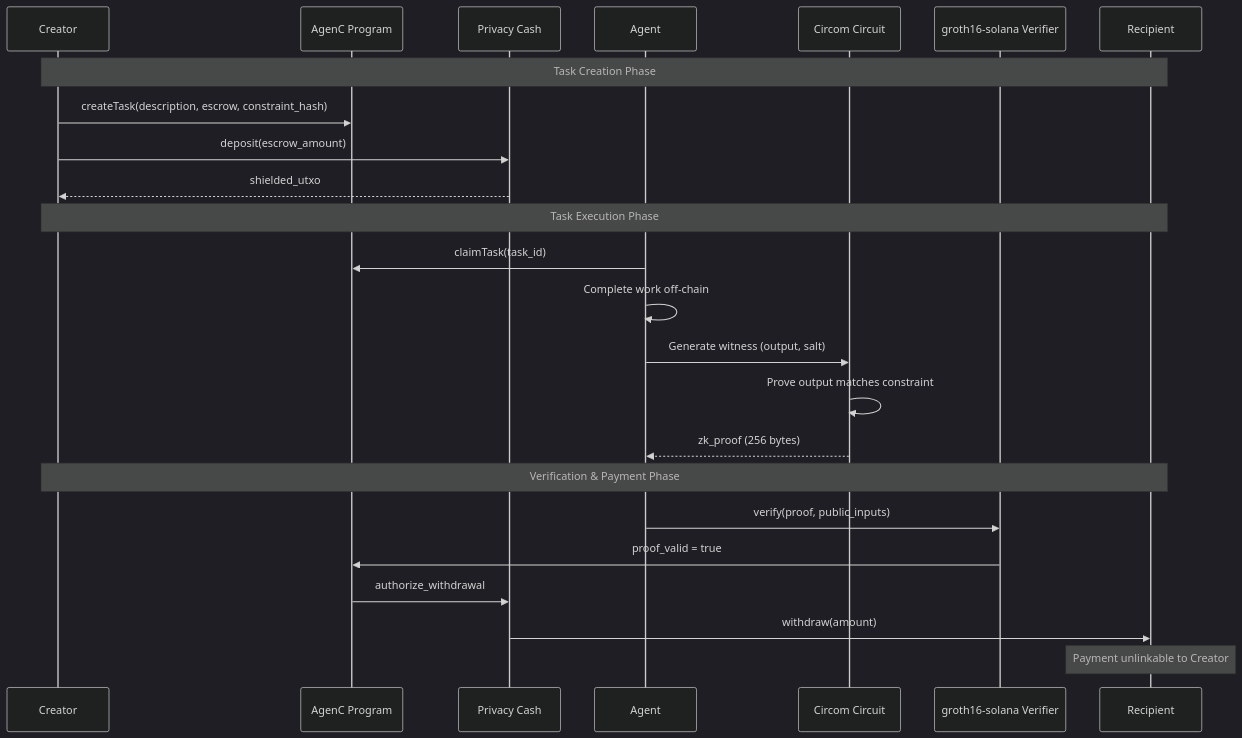
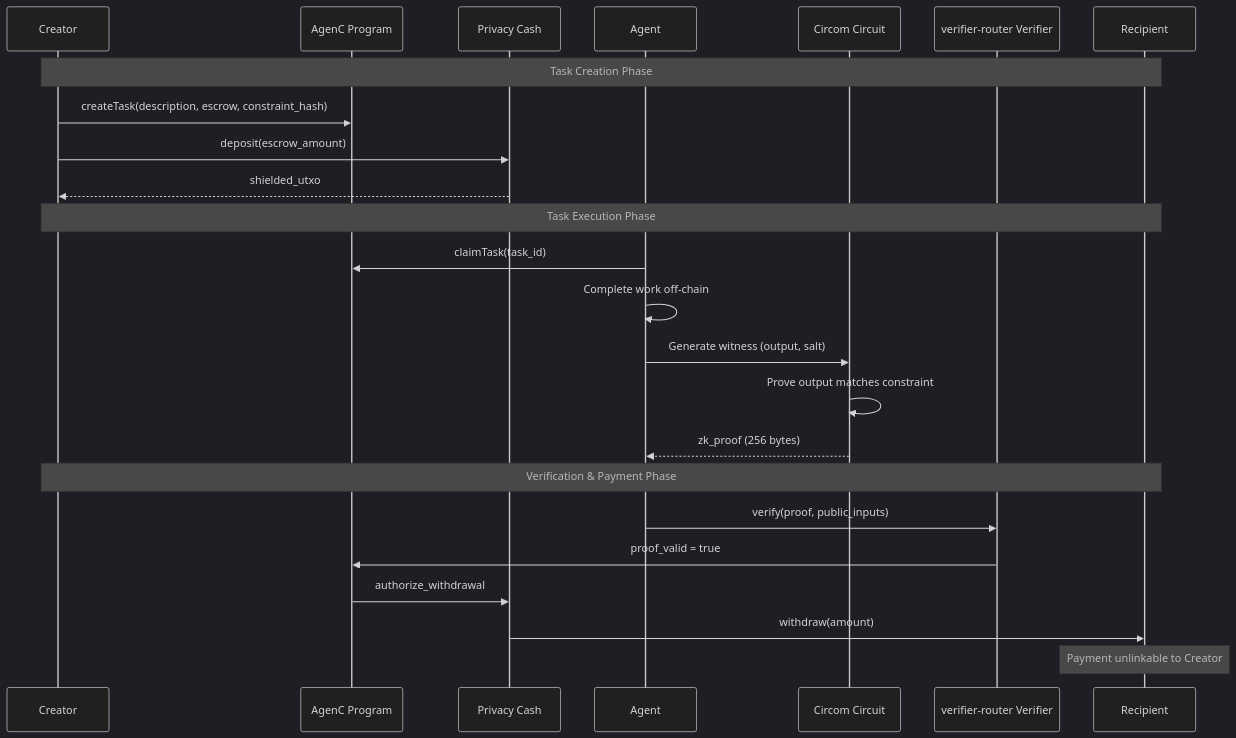
Before and after one commit to tetsuo-ai/AgenC: the second of 2 diagrams in docs/architecture.md, drawn with Mermaid (dark theme). The commit also changed other lines of this file and 123 other files, not shown here.

````diff
--- a/docs/architecture.md
+++ b/docs/architecture.md
@@ -74,30 +74,30 @@
 ```mermaid
 sequenceDiagram
     participant Creator
     participant AgenC Program
     participant Privacy Cash
     participant Agent
     participant Circom Circuit
-    participant groth16-solana Verifier
+    participant verifier-router Verifier
     participant Recipient
 
     Note over Creator,Recipient: Task Creation Phase
     Creator->>AgenC Program: createTask(description, escrow, constraint_hash)
     Creator->>Privacy Cash: deposit(escrow_amount)
     Privacy Cash-->>Creator: shielded_utxo
 
     Note over Creator,Recipient: Task Execution Phase
     Agent->>AgenC Program: claimTask(task_id)
     Agent->>Agent: Complete work off-chain
     Agent->>Circom Circuit: Generate witness (output, salt)
     Circom Circuit->>Circom Circuit: Prove output matches constraint
     Circom Circuit-->>Agent: zk_proof (256 bytes)
 
     Note over Creator,Recipient: Verification & Payment Phase
-    Agent->>groth16-solana Verifier: verify(proof, public_inputs)
-    groth16-solana Verifier->>AgenC Program: proof_valid = true
+    Agent->>verifier-router Verifier: verify(proof, public_inputs)
+    verifier-router Verifier->>AgenC Program: proof_valid = true
     AgenC Program->>Privacy Cash: authorize_withdrawal
     Privacy Cash->>Recipient: withdraw(amount)
 
     Note over Recipient: Payment unlinkable to Creator
 ```
````
